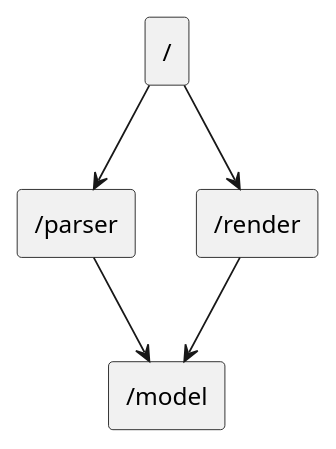
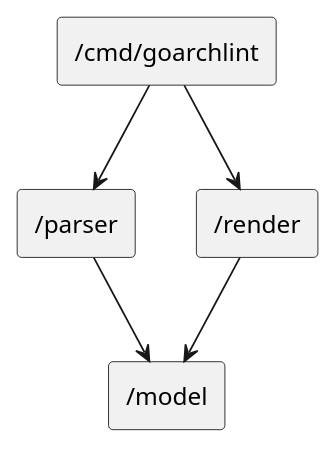
One commit to gbh007/goarchlint changed the diagram in doc/arch/scheme.puml. Above: the diagram before and after it, drawn with PlantUML. The commit also changed 11 other files, not shown here.

```diff
--- a/doc/arch/scheme.puml
+++ b/doc/arch/scheme.puml
@@ -1,7 +1,7 @@
 @startuml "goarchlint"
 skinparam componentStyle rectangle
-[/] --> [/parser]
-[/] --> [/render]
+[/cmd/goarchlint] --> [/parser]
+[/cmd/goarchlint] --> [/render]
 [/parser] --> [/model]
 [/render] --> [/model]
 @enduml
```
